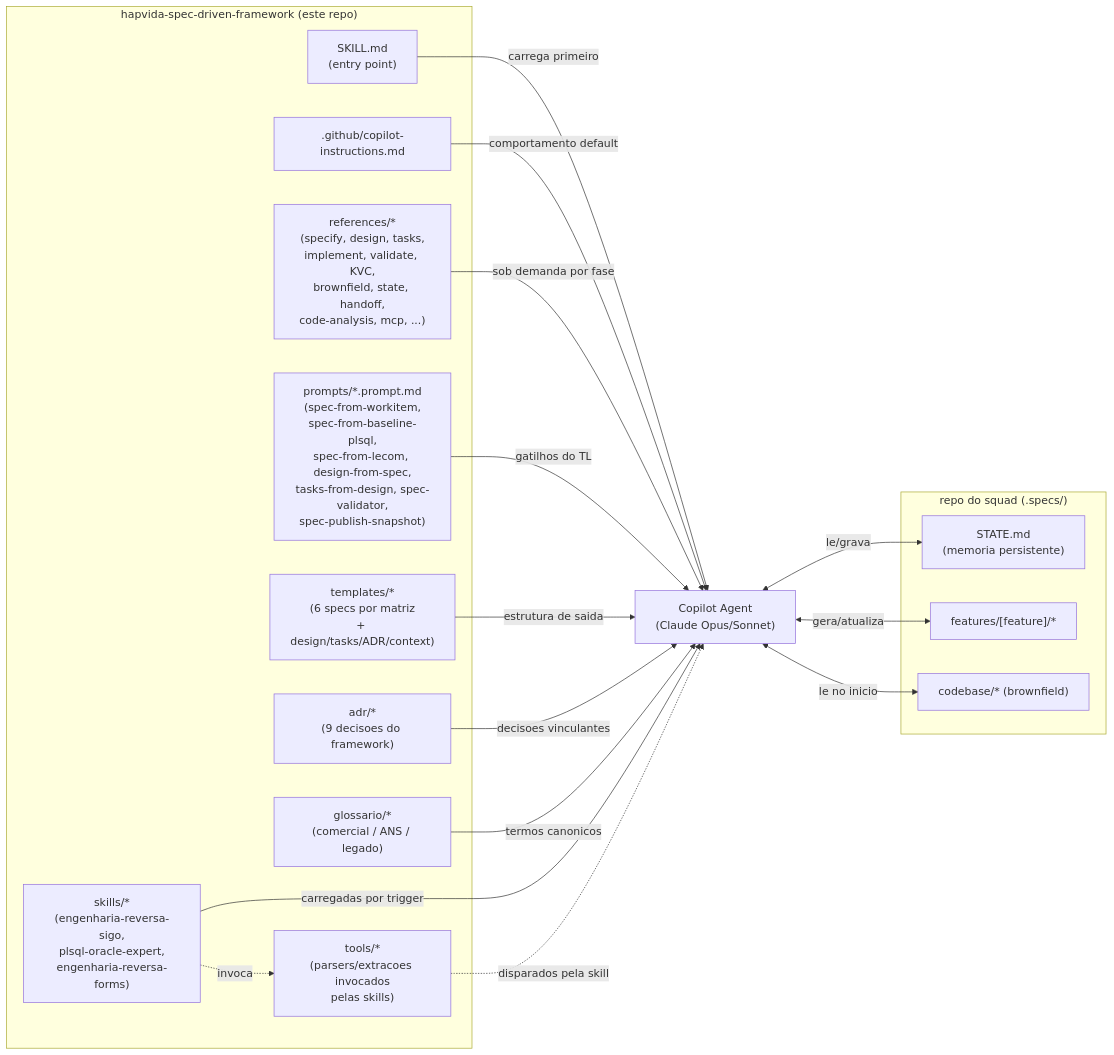
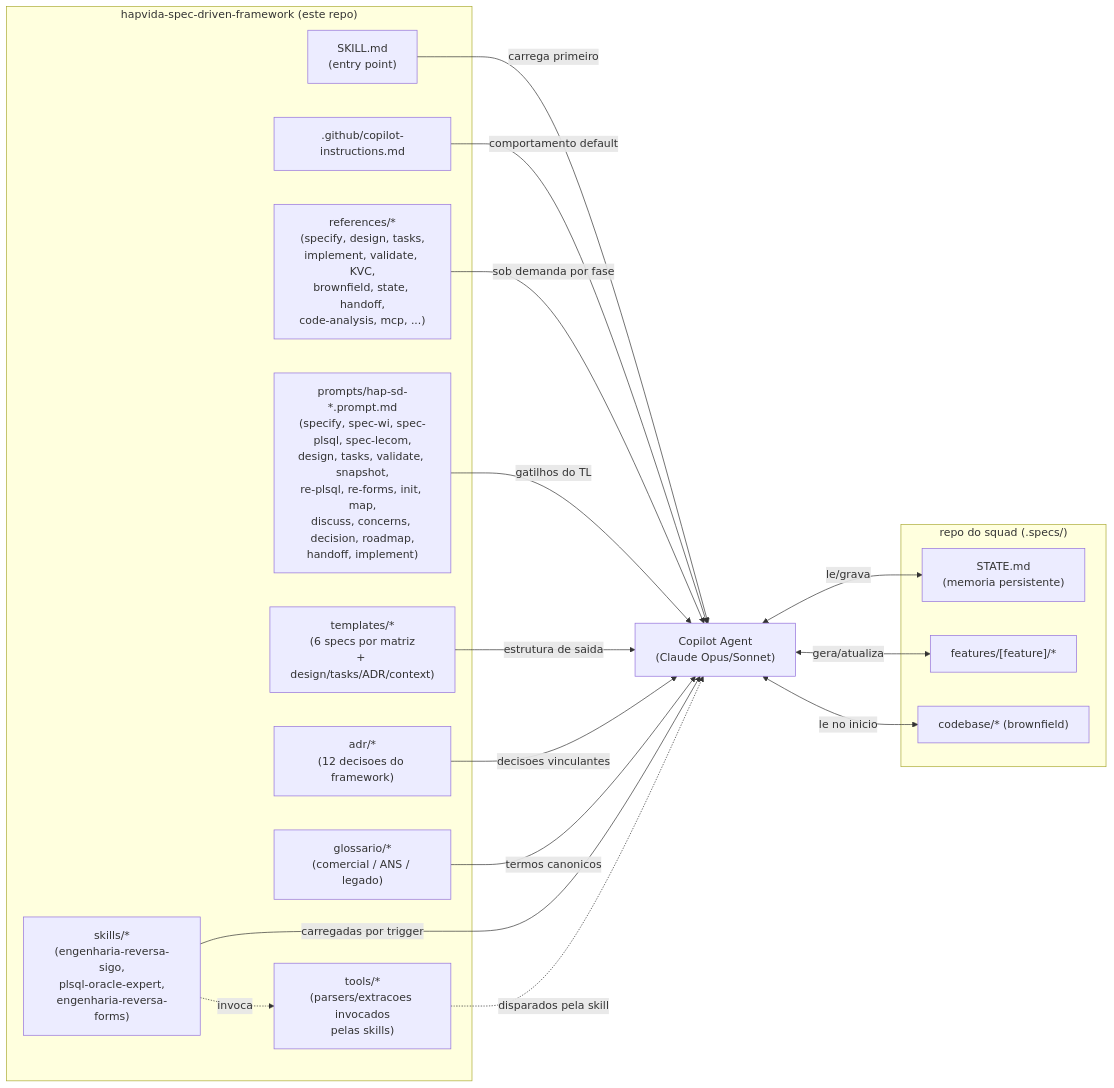
One commit to rawelcl/hap-spec-driven changed the fifth of 6 diagrams in workspace/ARCHITECTURE.md. Above: the diagram before and after it, drawn with Mermaid. The commit also changed other lines of this file and 15 other files, not shown here.

````diff
--- a/workspace/ARCHITECTURE.md
+++ b/workspace/ARCHITECTURE.md
@@ -245,37 +245,37 @@
 ```mermaid
 flowchart LR
     subgraph REPO["hapvida-spec-driven-framework (este repo)"]
         ENTRY["SKILL.md<br/>(entry point)"]
         INSTR[".github/copilot-instructions.md"]
         REFS2["references/*<br/>(specify, design, tasks,<br/>implement, validate, KVC,<br/>brownfield, state, handoff,<br/>code-analysis, mcp, ...)"]
-        PROMPTS2["prompts/*.prompt.md<br/>(spec-from-workitem,<br/>spec-from-baseline-plsql,<br/>spec-from-lecom, design-from-spec,<br/>tasks-from-design, spec-validator,<br/>spec-publish-snapshot)"]
+        PROMPTS2["prompts/hap-sd-*.prompt.md<br/>(specify, spec-wi, spec-plsql, spec-lecom,<br/>design, tasks, validate, snapshot,<br/>re-plsql, re-forms, init, map,<br/>discuss, concerns, decision, roadmap,<br/>handoff, implement)"]
         TEMPL2["templates/*<br/>(6 specs por matriz<br/>+ design/tasks/ADR/context)"]
-        ADRS2["adr/*<br/>(9 decisoes do framework)"]
+        ADRS2["adr/*<br/>(12 decisoes do framework)"]
         GLOSS2["glossario/*<br/>(comercial / ANS / legado)"]
         SKILLS2["skills/*<br/>(engenharia-reversa-sigo,<br/>plsql-oracle-expert,<br/>engenharia-reversa-forms)"]
         TOOLS2["tools/*<br/>(parsers/extracoes invocados<br/>pelas skills)"]
         SKILLS2 -.invoca.-> TOOLS2
     end
 
     subgraph SQUAD["repo do squad (.specs/)"]
         STATE["STATE.md<br/>(memoria persistente)"]
         FEAT2["features/[feature]/*"]
         CB2["codebase/* (brownfield)"]
     end
 
     AGT["Copilot Agent<br/>(Claude Opus/Sonnet)"]
 
     ENTRY -->|carrega primeiro| AGT
     INSTR -->|comportamento default| AGT
     REFS2 -->|sob demanda por fase| AGT
     PROMPTS2 -->|gatilhos do TL| AGT
     TEMPL2 -->|estrutura de saida| AGT
     ADRS2 -->|decisoes vinculantes| AGT
     GLOSS2 -->|termos canonicos| AGT
     SKILLS2 -->|carregadas por trigger| AGT
     TOOLS2 -.disparados pela skill.-> AGT
 
     AGT <-->|le/grava| STATE
     AGT <-->|gera/atualiza| FEAT2
     AGT <-->|le no inicio| CB2
 ```
````
